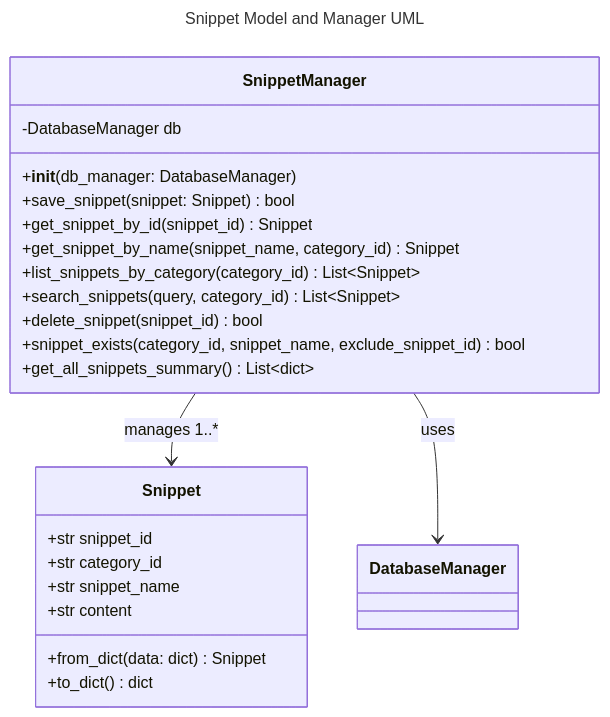
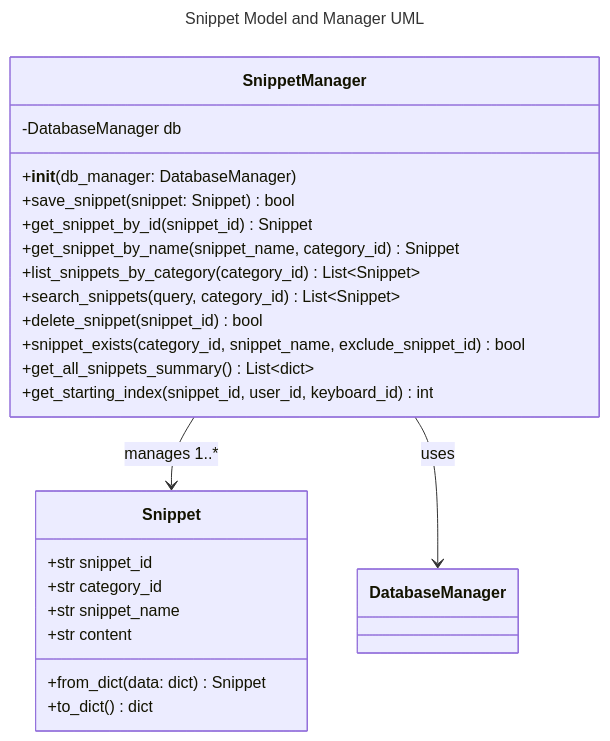
Before and after one commit to SeanAdams10/AITypingTrainer: the diagram in Prompts/Snippet.md, drawn with Mermaid. The commit also changed other lines of this file and 19 other files, not shown here.

Commit message:
All working but GetStartingIndex - looking much better and QT5 is now gone

````diff
--- a/Prompts/Snippet.md
+++ b/Prompts/Snippet.md
@@ -111,28 +113,29 @@
 ```mermaid
 ---
 title: Snippet Model and Manager UML
 ---
 classDiagram
     class Snippet {
         +str snippet_id
         +str category_id
         +str snippet_name
         +str content
         +from_dict(data: dict) Snippet
         +to_dict() dict
     }
     class SnippetManager {
         -DatabaseManager db
         +__init__(db_manager: DatabaseManager)
         +save_snippet(snippet: Snippet) bool
         +get_snippet_by_id(snippet_id) Snippet
         +get_snippet_by_name(snippet_name, category_id) Snippet
         +list_snippets_by_category(category_id) List~Snippet~
         +search_snippets(query, category_id) List~Snippet~
         +delete_snippet(snippet_id) bool
         +snippet_exists(category_id, snippet_name, exclude_snippet_id) bool
         +get_all_snippets_summary() List~dict~
+        +get_starting_index(snippet_id, user_id, keyboard_id) int
     }
     SnippetManager --> Snippet : manages 1..*
     SnippetManager --> DatabaseManager : uses
 ```
````
